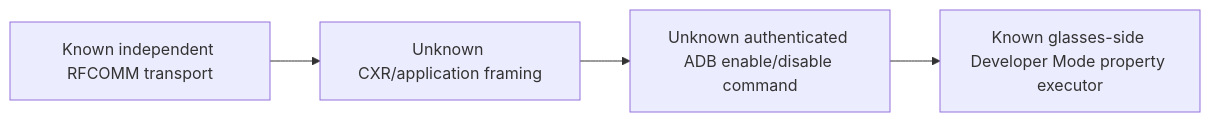
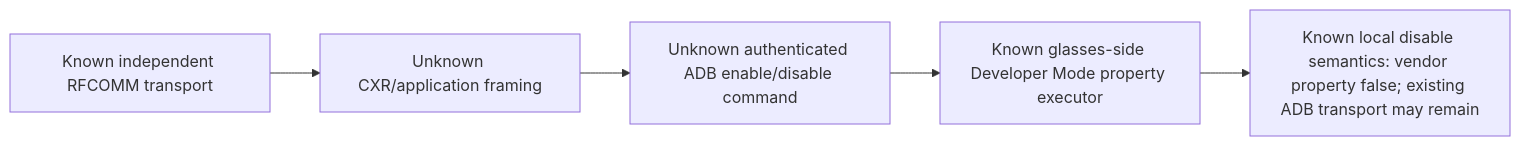
One commit to aimindseye/rokid-ai-glasses changed the third of 3 diagrams in ARCHITECTURE.md. Above: the diagram before and after it, drawn with Mermaid. The commit also changed other lines of this file and 20 other files, not shown here.

````diff
--- a/ARCHITECTURE.md
+++ b/ARCHITECTURE.md
@@ -60,6 +70,7 @@
 ```mermaid
 flowchart LR
     K[Known independent RFCOMM transport] --> F[Unknown CXR/application framing]
     F --> A[Unknown authenticated ADB enable/disable command]
     A --> D[Known glasses-side Developer Mode property executor]
+    D --> S[Known local disable semantics: vendor property false; existing ADB transport may remain]
 ```
````
